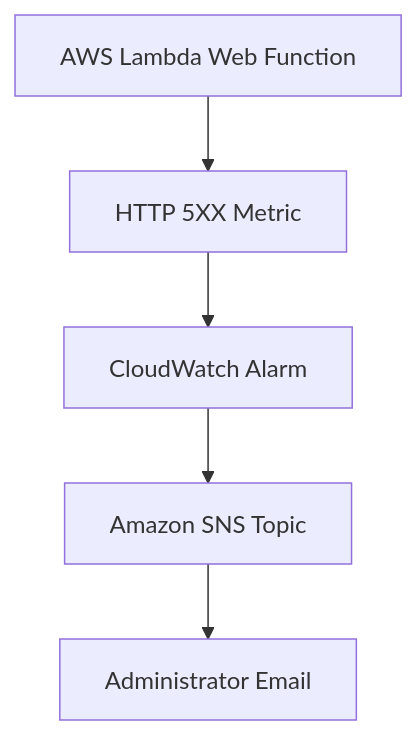
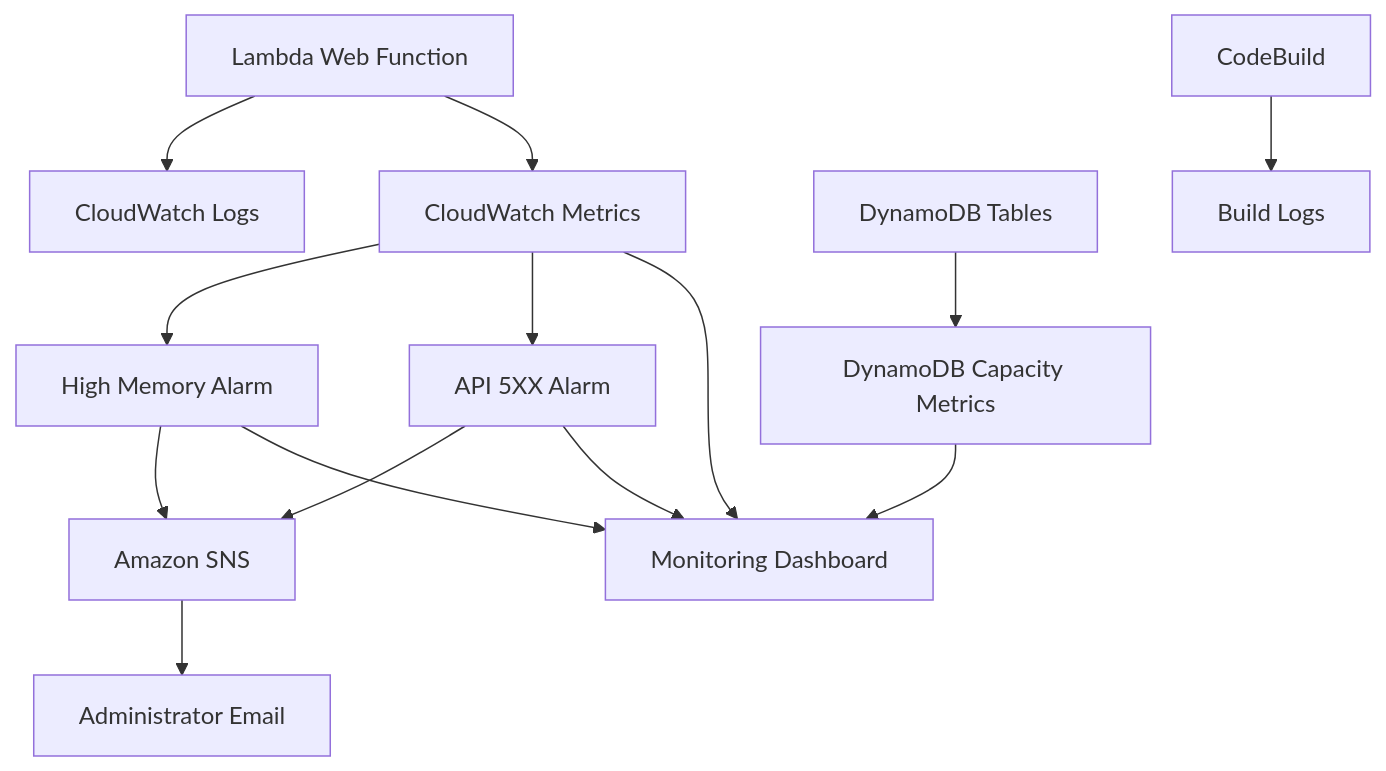
The first of 10 diagrams in infrastructure/aws-resource-inventory.md (santhoshpranavk/AWS-Serverless-Student-Portfolio), drawn with Mermaid before and after one commit. The commit also changed other lines of this file, not shown here.

Commit message:
Update AWS infrastructure inventory with 12 services

````diff
--- a/infrastructure/aws-resource-inventory.md
+++ b/infrastructure/aws-resource-inventory.md
@@ -859,7 +1212,21 @@
 ```mermaid
 flowchart TD
-    L[AWS Lambda Web Function] --> M[HTTP 5XX Metric]
-    M --> C[CloudWatch Alarm]
-    C --> S[Amazon SNS Topic]
+    L[Lambda Web Function] --> M[CloudWatch Metrics]
+    L --> LG[CloudWatch Logs]
+    D[DynamoDB Tables] --> DM[DynamoDB Capacity Metrics]
+    B[CodeBuild] --> BL[Build Logs]
+
+    M --> DB[Monitoring Dashboard]
+    DM --> DB
+
+    M --> A1[API 5XX Alarm]
+    M --> A2[High Memory Alarm]
+
+    A1 --> DB
+    A2 --> DB
+
+    A1 --> S[Amazon SNS]
+    A2 --> S
+
     S --> E[Administrator Email]
 ```
````
